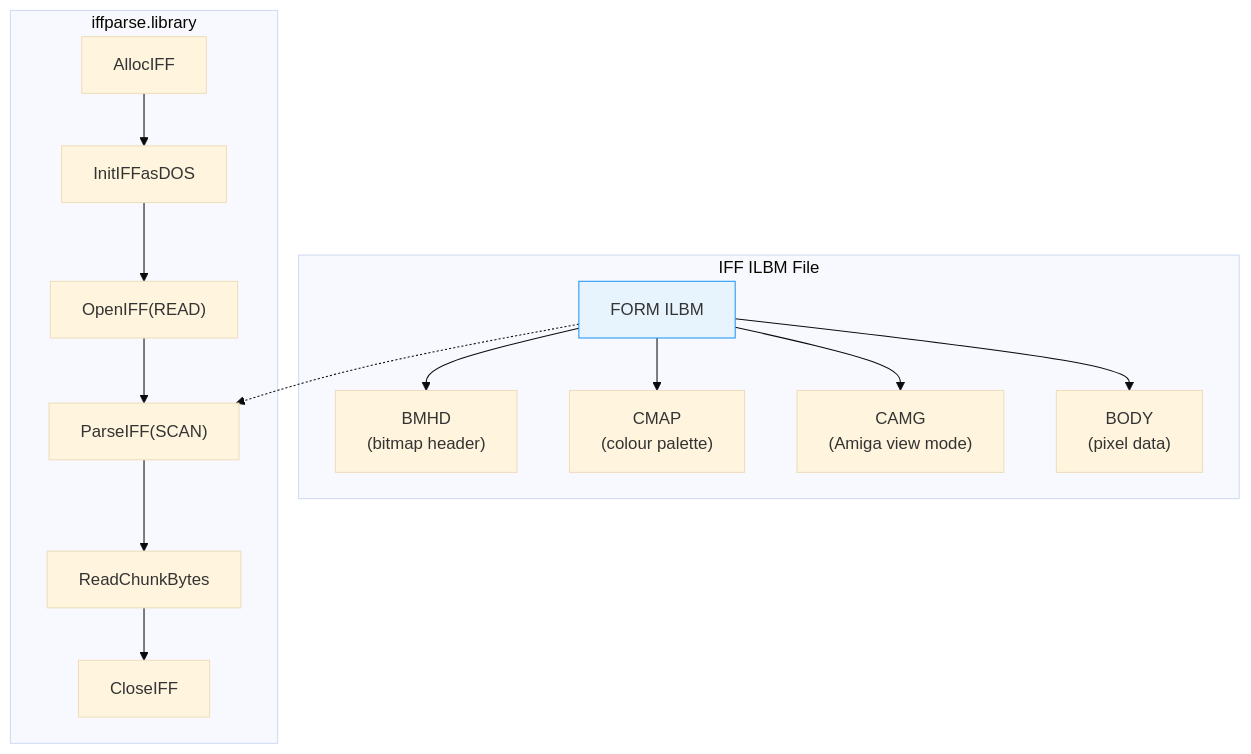
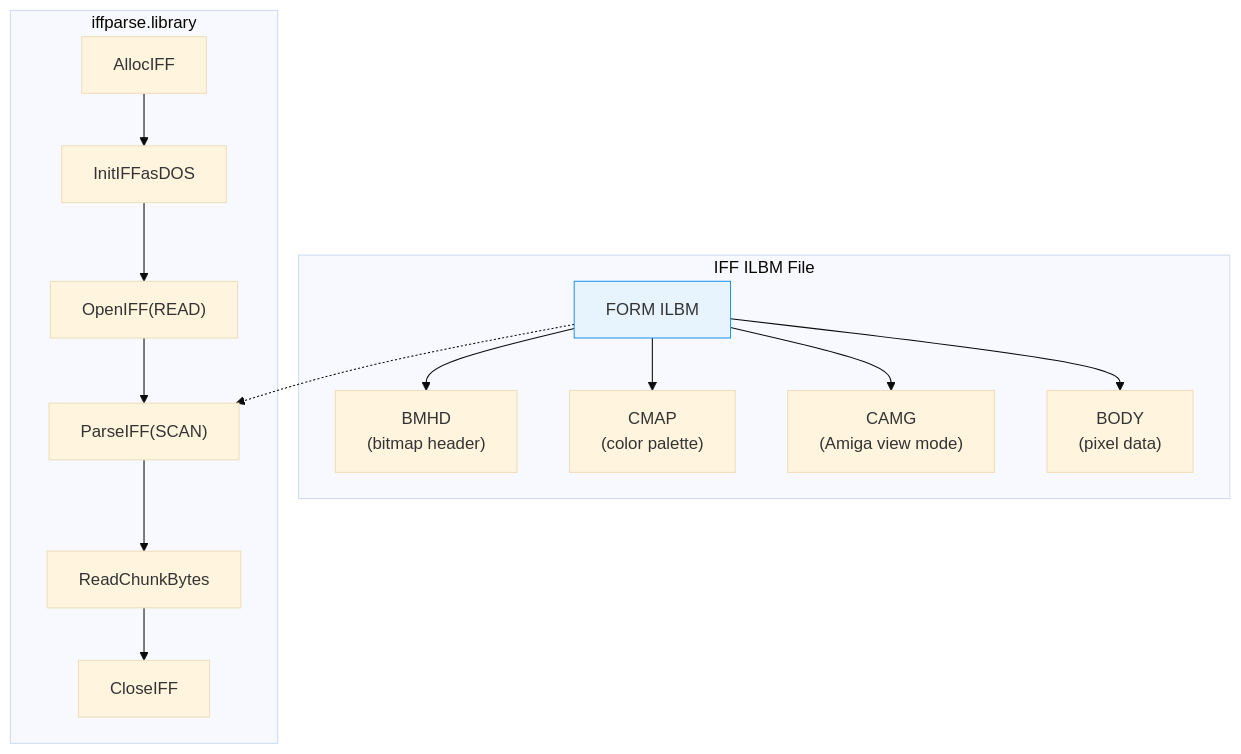
The first of 3 diagrams in 11_libraries/iffparse.md (alfishe/amiga-bootcamp), drawn with Mermaid (base theme) before and after one commit. The commit also changed other lines of this file and 89 other files, not shown here.

````diff
--- a/11_libraries/iffparse.md
+++ b/11_libraries/iffparse.md
@@ -15,20 +15,20 @@
 ```mermaid
 flowchart TD
     subgraph "IFF ILBM File"
         FORM["FORM ILBM"] --> BMHD["BMHD<br/>(bitmap header)"]
-        FORM --> CMAP["CMAP<br/>(colour palette)"]
+        FORM --> CMAP["CMAP<br/>(color palette)"]
         FORM --> CAMG["CAMG<br/>(Amiga view mode)"]
         FORM --> BODY["BODY<br/>(pixel data)"]
     end
 
     subgraph "iffparse.library"
         IH["AllocIFF"] --> INIT["InitIFFasDOS"]
         INIT --> OPEN["OpenIFF(READ)"]
         OPEN --> PARSE["ParseIFF(SCAN)"]
         PARSE --> READ["ReadChunkBytes"]
         READ --> CLOSE["CloseIFF"]
     end
 
     FORM -.-> PARSE
     style FORM fill:#e8f4fd,stroke:#2196f3,color:#333
 ```
````
